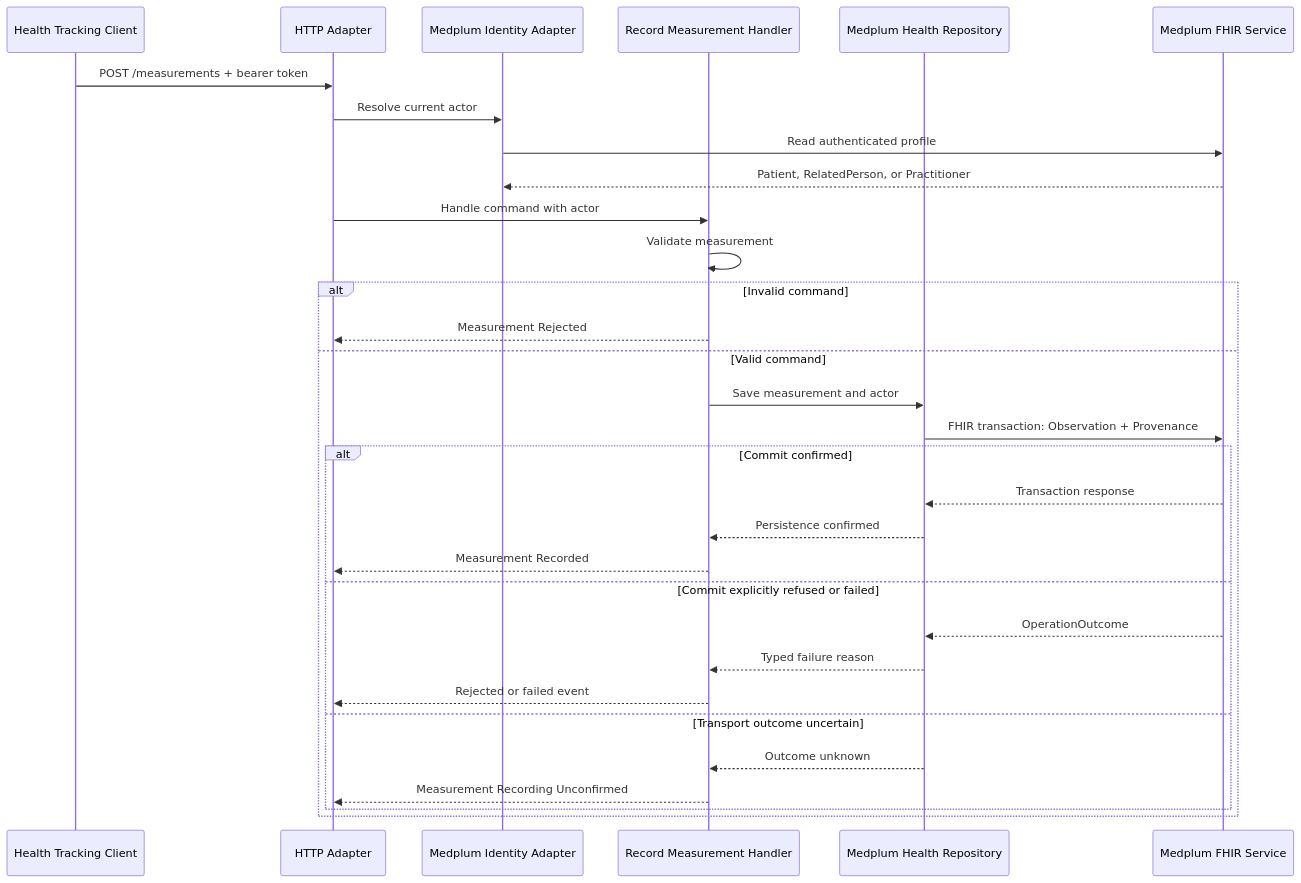
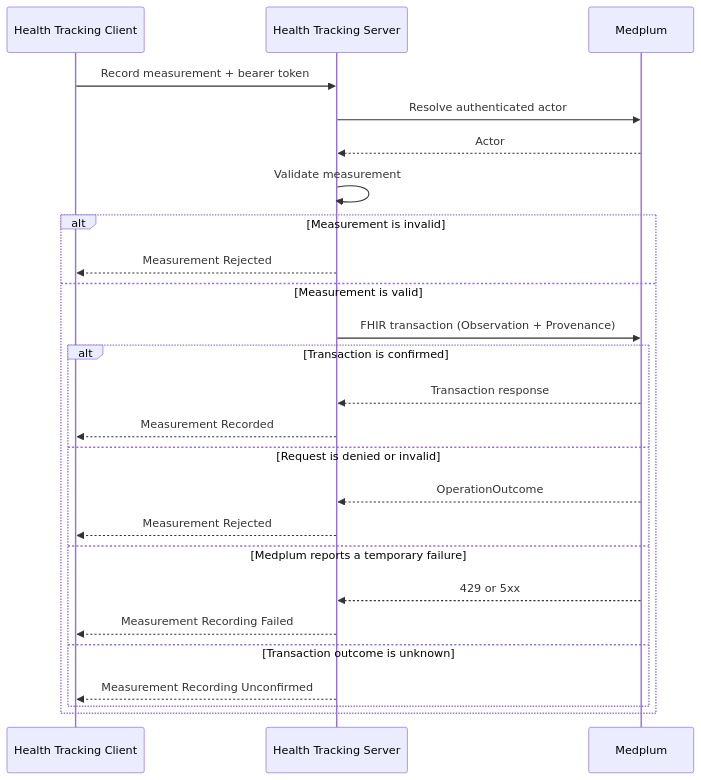
One commit to ragavsathish/medplum changed the second of 2 diagrams in dhf/documents/design/health_tracking.md. Above: the diagram before and after it, drawn with Mermaid. The commit also changed other lines of this file, not shown here.

Commit message:
docs: simplify health tracking SDD

````diff
--- a/dhf/documents/design/health_tracking.md
+++ b/dhf/documents/design/health_tracking.md
@@ -111,35 +72,29 @@
 ```mermaid
 sequenceDiagram
     participant Client as Health Tracking Client
-    participant HTTP as HTTP Adapter
-    participant Identity as Medplum Identity Adapter
-    participant Handler as Record Measurement Handler
-    participant Repository as Medplum Health Repository
-    participant Medplum as Medplum FHIR Service
+    participant Server as Health Tracking Server
+    participant Medplum as Medplum
 
-    Client->>HTTP: POST /measurements + bearer token
-    HTTP->>Identity: Resolve current actor
-    Identity->>Medplum: Read authenticated profile
-    Medplum-->>Identity: Patient, RelatedPerson, or Practitioner
-    HTTP->>Handler: Handle command with actor
-    Handler->>Handler: Validate measurement
+    Client->>Server: Record measurement + bearer token
+    Server->>Medplum: Resolve authenticated actor
+    Medplum-->>Server: Actor
+    Server->>Server: Validate measurement
 
-    alt Invalid command
-        Handler-->>HTTP: Measurement Rejected
-    else Valid command
-        Handler->>Repository: Save measurement and actor
-        Repository->>Medplum: FHIR transaction: Observation + Provenance
-        alt Commit confirmed
-            Medplum-->>Repository: Transaction response
-            Repository-->>Handler: Persistence confirmed
-            Handler-->>HTTP: Measurement Recorded
-        else Commit explicitly refused or failed
-            Medplum-->>Repository: OperationOutcome
-            Repository-->>Handler: Typed failure reason
-            Handler-->>HTTP: Rejected or failed event
-        else Transport outcome uncertain
-            Repository-->>Handler: Outcome unknown
-            Handler-->>HTTP: Measurement Recording Unconfirmed
+    alt Measurement is invalid
+        Server-->>Client: Measurement Rejected
+    else Measurement is valid
+        Server->>Medplum: FHIR transaction (Observation + Provenance)
+        alt Transaction is confirmed
+            Medplum-->>Server: Transaction response
+            Server-->>Client: Measurement Recorded
+        else Request is denied or invalid
+            Medplum-->>Server: OperationOutcome
+            Server-->>Client: Measurement Rejected
+        else Medplum reports a temporary failure
+            Medplum-->>Server: 429 or 5xx
+            Server-->>Client: Measurement Recording Failed
+        else Transaction outcome is unknown
+            Server-->>Client: Measurement Recording Unconfirmed
         end
     end
 ```
````
